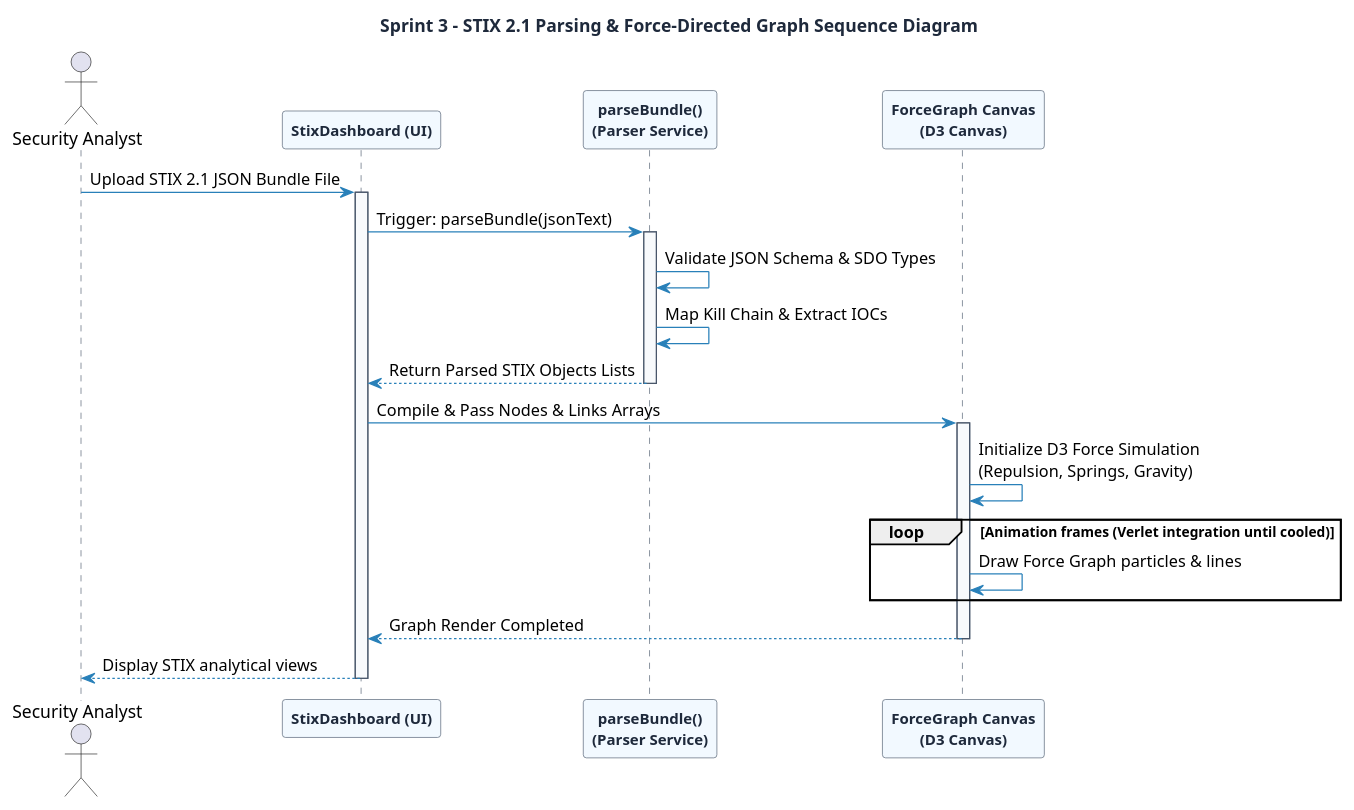
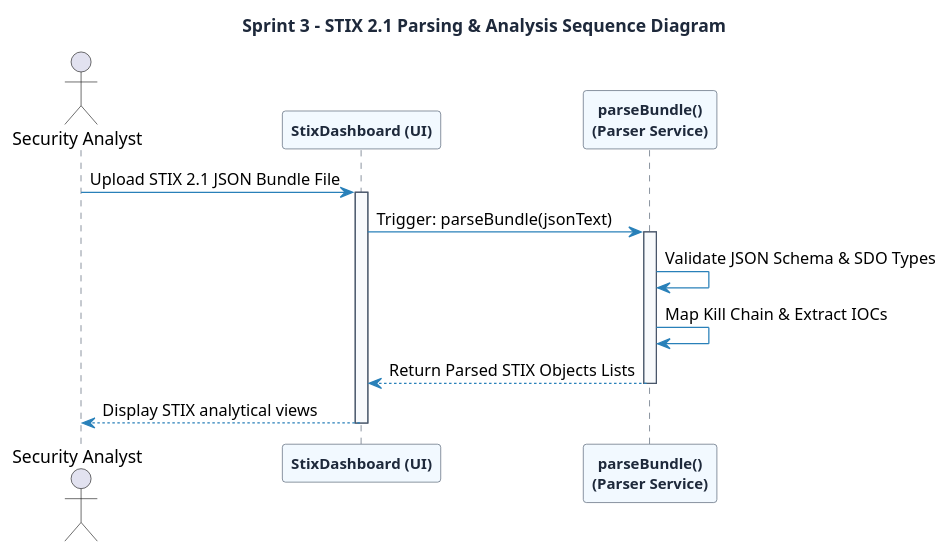
The diagram in rapport-pfe/plantuml/s3_sequence.puml (jb-brahim/predictra-threat-map), drawn with PlantUML before and after one commit. The commit also changed 21 other files, not shown here.

Commit message:
feat: implement STIX intelligence dashboard and document system interfaces in report

```diff
--- a/rapport-pfe/plantuml/s3_sequence.puml
+++ b/rapport-pfe/plantuml/s3_sequence.puml
@@ -1,46 +1,33 @@
 @startuml
 skinparam BackgroundColor #FFFFFF
 skinparam TitleFontColor #1E293B
 skinparam ArrowColor #2980B9
 skinparam SequenceLifeLineBorderColor #475569
 skinparam SequenceLifeLineBackgroundColor #F8FAFC
 skinparam SequenceParticipantBorderColor #475569
 skinparam SequenceParticipantBackgroundColor #F2F9FF
 skinparam SequenceParticipantFontColor #1E293B
 skinparam SequenceParticipantFontSize 12
 skinparam SequenceParticipantFontStyle bold
 
-title Sprint 3 - STIX 2.1 Parsing & Force-Directed Graph Sequence Diagram
+title Sprint 3 - STIX 2.1 Parsing & Analysis Sequence Diagram
 
 actor "Security Analyst" as Analyst
 participant "StixDashboard (UI)" as Dashboard
 participant "parseBundle()\n(Parser Service)" as Parser
-participant "ForceGraph Canvas\n(D3 Canvas)" as Canvas
 
 Analyst -> Dashboard : Upload STIX 2.1 JSON Bundle File
 activate Dashboard
 
 Dashboard -> Parser : Trigger: parseBundle(jsonText)
 activate Parser
 
 Parser -> Parser : Validate JSON Schema & SDO Types
 Parser -> Parser : Map Kill Chain & Extract IOCs
 
 Parser --> Dashboard : Return Parsed STIX Objects Lists
 deactivate Parser
 
-Dashboard -> Canvas : Compile & Pass Nodes & Links Arrays
-activate Canvas
-
-Canvas -> Canvas : Initialize D3 Force Simulation\n(Repulsion, Springs, Gravity)
-
-loop Animation frames (Verlet integration until cooled)
-    Canvas -> Canvas : Draw Force Graph particles & lines
-end
-
-Canvas --> Dashboard : Graph Render Completed
-deactivate Canvas
-
 Dashboard --> Analyst : Display STIX analytical views
 deactivate Dashboard
 @enduml
```
